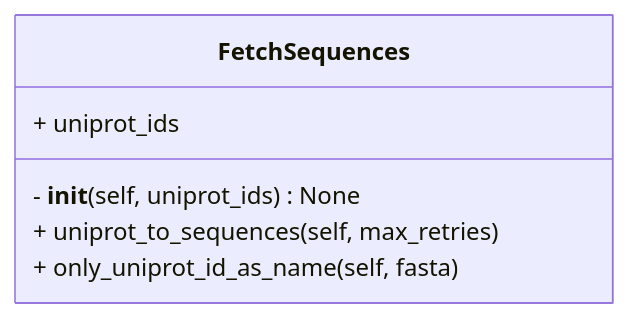
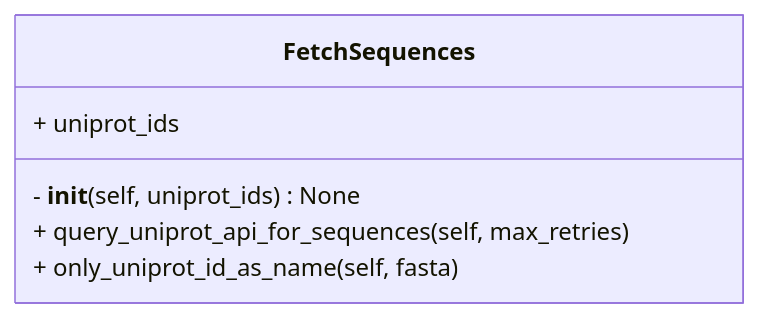
Before and after one commit to isblab/IMP_Toolbox: the first of 3 diagrams in pre_processing/sequence/README.md, drawn with Mermaid. The commit also changed other lines of this file and 4 other files, not shown here.

````diff
--- a/pre_processing/sequence/README.md
+++ b/pre_processing/sequence/README.md
@@ -3,14 +3,14 @@
 ```mermaid
 ---
 config:
     class:
         hideEmptyMembersBox: true
 ---
 classDiagram
     class FetchSequences {
         + uniprot_ids
         - __init__(self, uniprot_ids) None
-        + uniprot_to_sequences(self, max_retries)
+        + query_uniprot_api_for_sequences(self, max_retries)
         + only_uniprot_id_as_name(self, fasta)
     }
 ```
````
